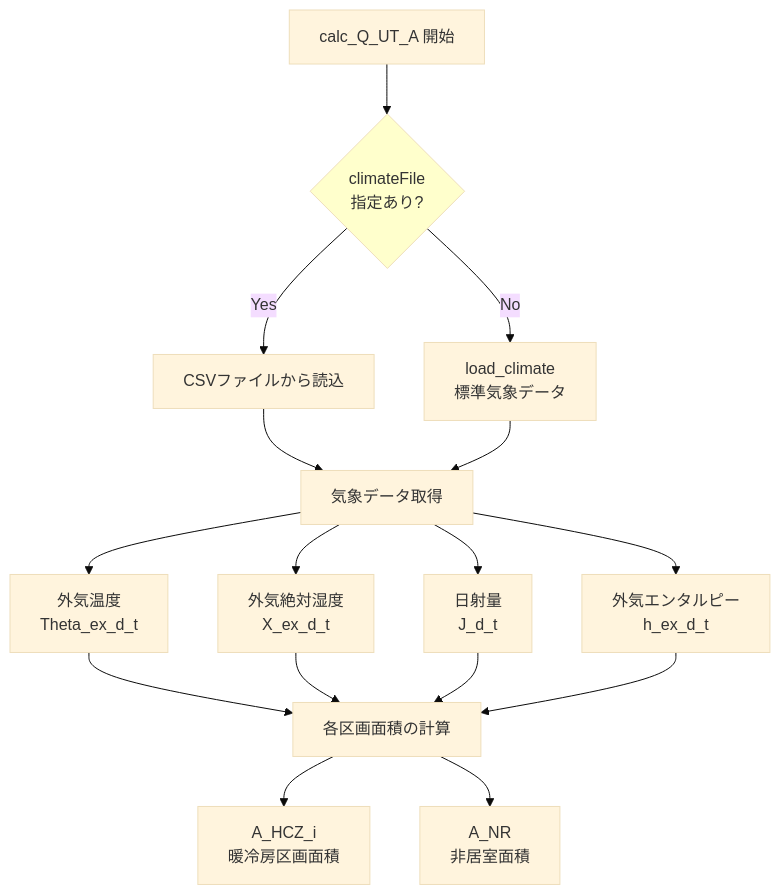
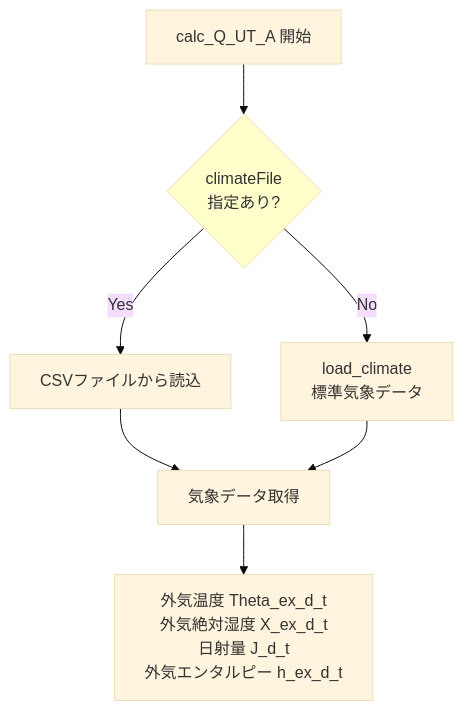
One commit to izumi-system-development/pyhees-jjj changed the fourth of 15 diagrams in src/docs/プロセスモデル_消費電力計算_標準.md. Above: the diagram before and after it, drawn with Mermaid (base theme). The commit also changed other lines of this file, not shown here.

````diff
--- a/src/docs/プロセスモデル_消費電力計算_標準.md
+++ b/src/docs/プロセスモデル_消費電力計算_標準.md
@@ -149,25 +171,14 @@
 ```mermaid
 flowchart TD
     Start[calc_Q_UT_A 開始] --> Climate{climateFile<br/>指定あり?}
     
     Climate -->|Yes| ClimateCSV[CSVファイルから読込]
     Climate -->|No| ClimateStd[load_climate<br/>標準気象データ]
     
     ClimateCSV --> GetData[気象データ取得]
     ClimateStd --> GetData
     
-    GetData --> Theta[外気温度<br/>Theta_ex_d_t]
-    GetData --> X[外気絶対湿度<br/>X_ex_d_t]
-    GetData --> J[日射量<br/>J_d_t]
-    GetData --> h[外気エンタルピー<br/>h_ex_d_t]
-    
-    Theta --> Area[各区画面積の計算]
-    X --> Area
-    J --> Area
-    h --> Area
-    
-    Area --> A_HCZ[A_HCZ_i<br/>暖冷房区画面積]
-    Area --> A_NR[A_NR<br/>非居室面積]
+    GetData --> Result[外気温度 Theta_ex_d_t<br/>外気絶対湿度 X_ex_d_t<br/>日射量 J_d_t<br/>外気エンタルピー h_ex_d_t]
     
     style Climate fill:#ffffcc
 ```
````
